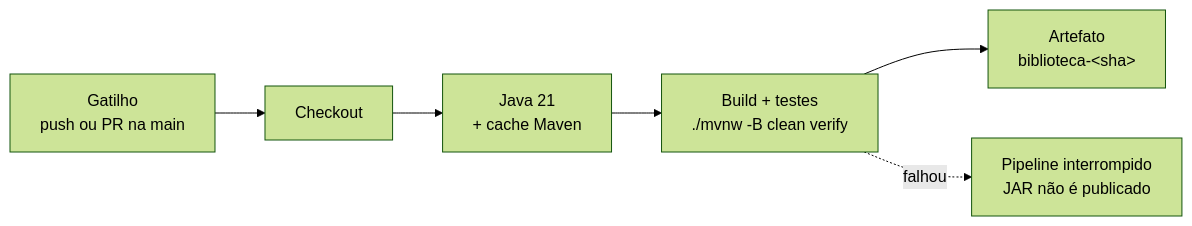
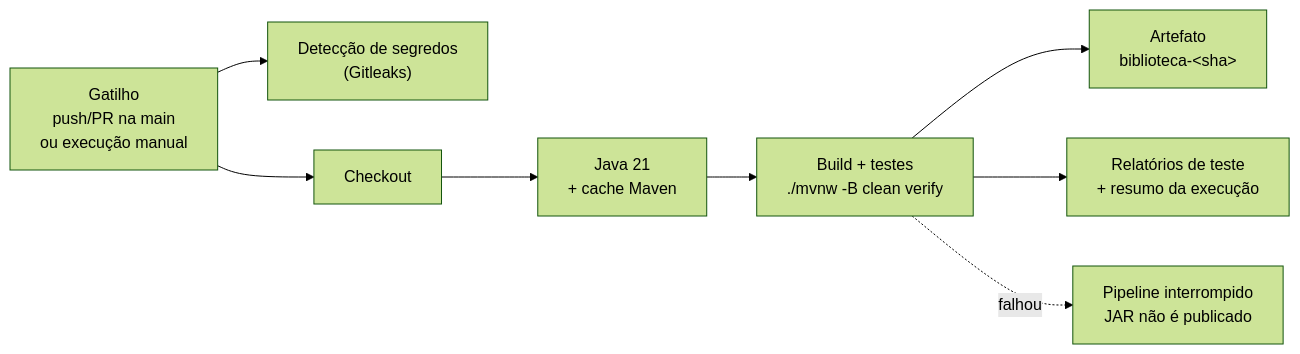
The diagram in T5-PIPELINE.md (Keltton/PipesDosLinesCloudDeploy), drawn with Mermaid (forest theme) before and after one commit. The commit also changed other lines of this file and 4 other files, not shown here.

Commit message:
T5: pipeline completo (segredos, relatórios, falha simulada)

````diff
--- a/T5-PIPELINE.md
+++ b/T5-PIPELINE.md
@@ -12,8 +13,10 @@
 ```mermaid
 flowchart LR
-    A["Gatilho<br/>push ou PR na main"] --> B["Checkout"]
+    A["Gatilho<br/>push/PR na main<br/>ou execução manual"] --> S["Detecção de segredos<br/>(Gitleaks)"]
+    A --> B["Checkout"]
     B --> C["Java 21<br/>+ cache Maven"]
     C --> D["Build + testes<br/>./mvnw -B clean verify"]
     D --> E["Artefato<br/>biblioteca-&lt;sha&gt;"]
+    D --> R["Relatórios de teste<br/>+ resumo da execução"]
     D -. falhou .-> F["Pipeline interrompido<br/>JAR não é publicado"]
 ```
````
